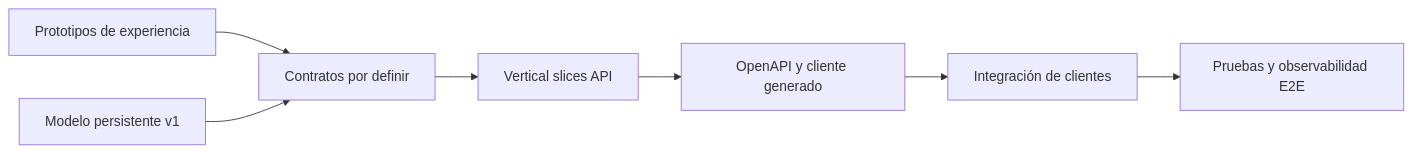
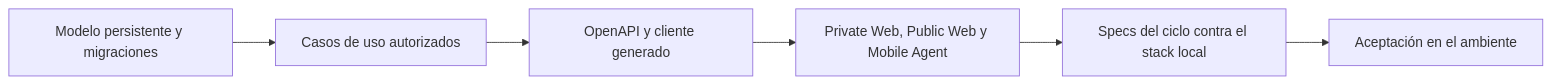
One commit to ErickEduardo027/ELEVANT changed the diagram in Vault/02-producto/mapa-de-capacidades.md. Above: the diagram before and after it, drawn with Mermaid. The commit also changed other lines of this file and 51 other files, not shown here.

````diff
--- a/Vault/02-producto/mapa-de-capacidades.md
+++ b/Vault/02-producto/mapa-de-capacidades.md
@@ -76,9 +109,8 @@
 ```mermaid
 flowchart LR
-    UX[Prototipos de experiencia] --> GAP1[Contratos por definir]
-    DATA[Modelo persistente v1] --> GAP1
-    GAP1 --> API[Vertical slices API]
-    API --> GEN[OpenAPI y cliente generado]
-    GEN --> INT[Integración de clientes]
-    INT --> E2E[Pruebas y observabilidad E2E]
+    DATA[Modelo persistente y migraciones] --> API[Casos de uso autorizados]
+    API --> CONTRACT[OpenAPI y cliente generado]
+    CONTRACT --> APPS[Private Web, Public Web y Mobile Agent]
+    APPS --> E2E[Specs del ciclo contra el stack local]
+    E2E --> OPS[Aceptación en el ambiente]
 ```
````
